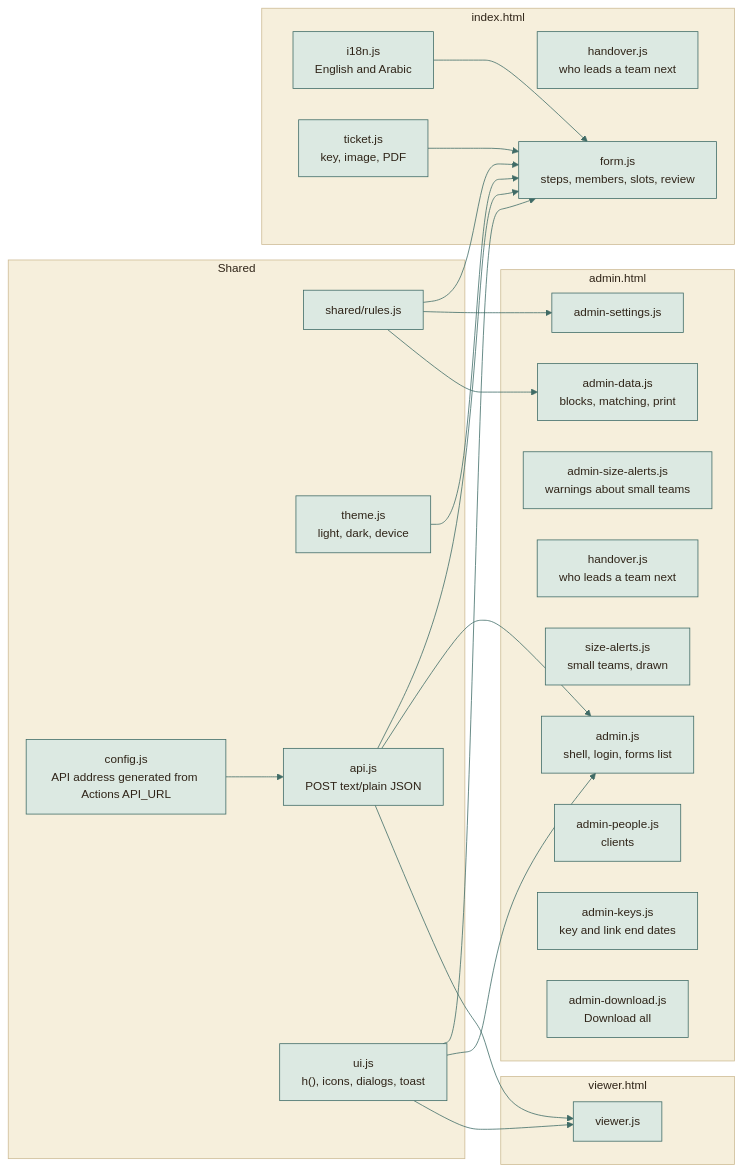
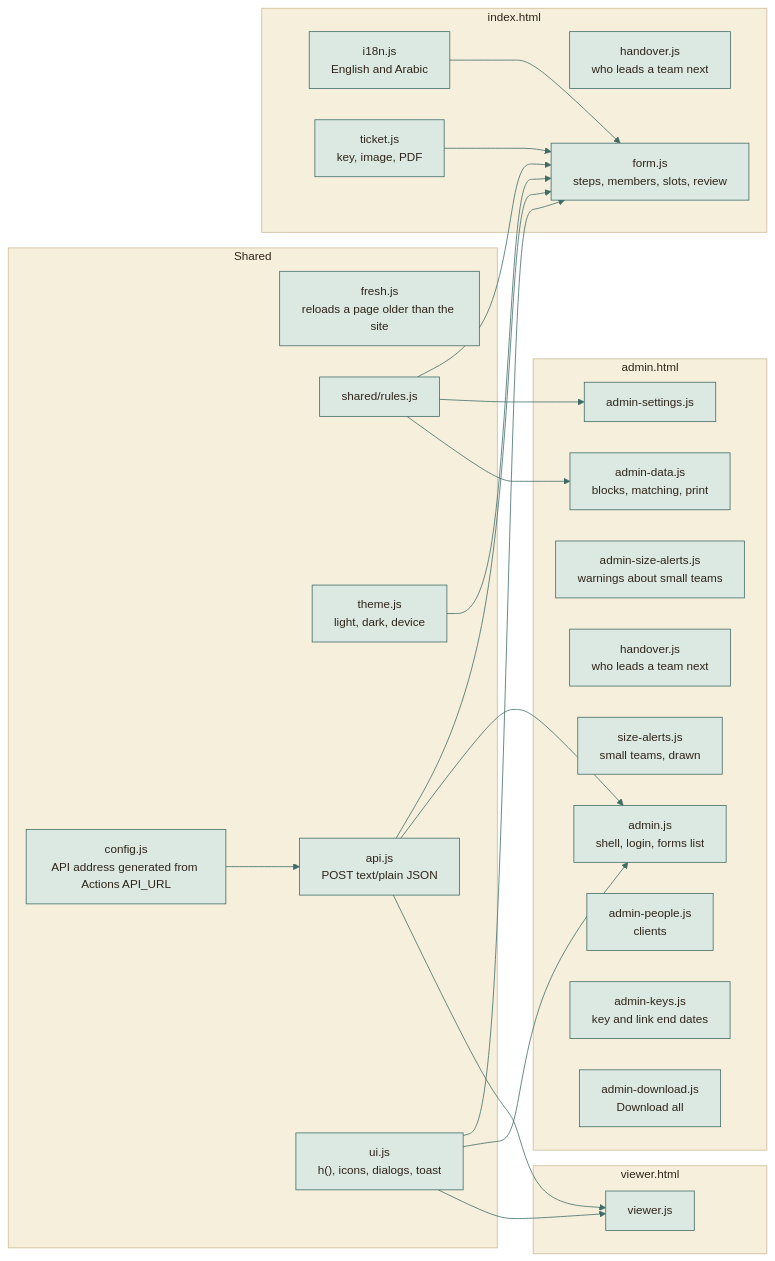
One commit to moyeh04/forms-platform changed the tenth of 12 diagrams in docs/architecture/ARCHITECTURE.md. Above: the diagram before and after it, drawn with Mermaid. The commit also changed 11 other files, not shown here.

First line of the commit message:
fix(site): Reload a page that is older than the published site

````diff
--- a/docs/architecture/ARCHITECTURE.md
+++ b/docs/architecture/ARCHITECTURE.md
@@ -688,71 +688,72 @@
 ```mermaid
 %%{init: {
   'theme': 'base',
   'themeVariables': {
     'fontFamily': 'ui-sans-serif, system-ui, -apple-system, Segoe UI, Roboto, sans-serif',
     'fontSize': '15px',
     'primaryColor': '#DCE9E2', 'primaryBorderColor': '#3F6B66', 'primaryTextColor': '#2F2418',
     'secondaryColor': '#F0E4C8', 'secondaryBorderColor': '#C9A24A', 'secondaryTextColor': '#2F2418',
     'tertiaryColor': '#F6EFDC', 'tertiaryBorderColor': '#CDBB94', 'tertiaryTextColor': '#2F2418',
     'lineColor': '#3F6B66', 'textColor': '#2F2418', 'mainBkg': '#DCE9E2', 'nodeBorder': '#3F6B66',
     'clusterBkg': '#F6EFDC', 'clusterBorder': '#CDBB94', 'titleColor': '#2F2418',
     'edgeLabelBackground': '#F8F1DD',
     'actorBkg': '#DCE9E2', 'actorBorder': '#3F6B66', 'actorTextColor': '#2F2418', 'actorLineColor': '#8FB3AB',
     'signalColor': '#477A73', 'signalTextColor': '#477A73',
     'labelBoxBkgColor': '#F0E4C8', 'labelBoxBorderColor': '#C9A24A', 'labelTextColor': '#2F2418', 'loopTextColor': '#6A5A44',
     'noteBkgColor': '#FBEFC9', 'noteBorderColor': '#C9A24A', 'noteTextColor': '#2F2418',
     'activationBkgColor': '#DCE9E2', 'activationBorderColor': '#3F6B66', 'sequenceNumberColor': '#F8F1DD',
     'transitionColor': '#3F6B66', 'stateLabelColor': '#2F2418', 'stateBkg': '#DCE9E2', 'altBackground': '#F6EFDC',
     'attributeBackgroundColorOdd': '#F8F1DD', 'attributeBackgroundColorEven': '#F0E4C8'
   },
   'flowchart': {'curve': 'basis', 'padding': 14, 'nodeSpacing': 40, 'rankSpacing': 46},
   'sequence': {'mirrorActors': false, 'messageMargin': 34, 'boxMargin': 8}
 }}%%
 flowchart LR
     subgraph shared["Shared"]
         cfg["config.js<br/>API address generated from Actions API_URL"]
+        fr["fresh.js<br/>reloads a page older than the site"]
         rl["shared/rules.js"]
         th["theme.js<br/>light, dark, device"]
         api["api.js<br/>POST text/plain JSON"]
         ui["ui.js<br/>h(), icons, dialogs, toast"]
     end
     subgraph student["index.html"]
         i18n["i18n.js<br/>English and Arabic"]
         tk["ticket.js<br/>key, image, PDF"]
         h1["handover.js<br/>who leads a team next"]
         fm["form.js<br/>steps, members, slots, review"]
     end
     subgraph adminp["admin.html"]
         a1["admin.js<br/>shell, login, forms list"]
         a2["admin-settings.js"]
         a7["admin-size-alerts.js<br/>warnings about small teams"]
         h2["handover.js<br/>who leads a team next"]
         s2["size-alerts.js<br/>small teams, drawn"]
         a3["admin-data.js<br/>blocks, matching, print"]
         a4["admin-people.js<br/>clients"]
         a5["admin-keys.js<br/>key and link end dates"]
         a6["admin-download.js<br/>Download all"]
     end
     subgraph viewerp["viewer.html"]
         v1["viewer.js"]
     end
     cfg --> api
     api --> fm
     api --> a1
     api --> v1
     rl --> fm
     rl --> a2
     rl --> a3
     ui --> fm
     ui --> a1
     ui --> v1
     th --> fm
     i18n --> fm
     tk --> fm
     classDef cDb fill:#F3E2B3,stroke:#B8892D,stroke-width:1.5px,color:#2F2418
     classDef cActor fill:#F4D9D3,stroke:#9A3328,stroke-width:1.5px,color:#2F2418
     classDef cDec fill:#FBEFC9,stroke:#C9A24A,stroke-width:1.5px,color:#2F2418
     classDef cEnd fill:#2F2418,stroke:#2F2418,color:#F8F1DD
     classDef cErr fill:#F6D5CF,stroke:#A12B1F,stroke-width:1.5px,color:#5A140C
     classDef cOk fill:#BFD9CF,stroke:#2E5A55,stroke-width:1.5px,color:#17302D
 ```
````
